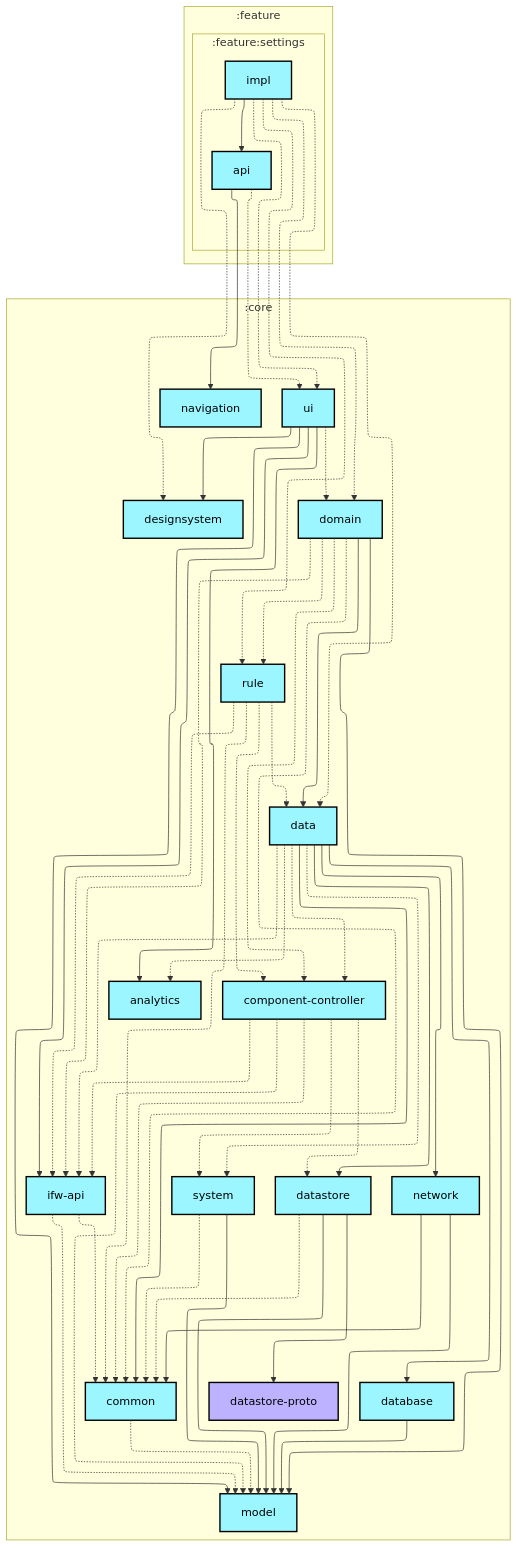
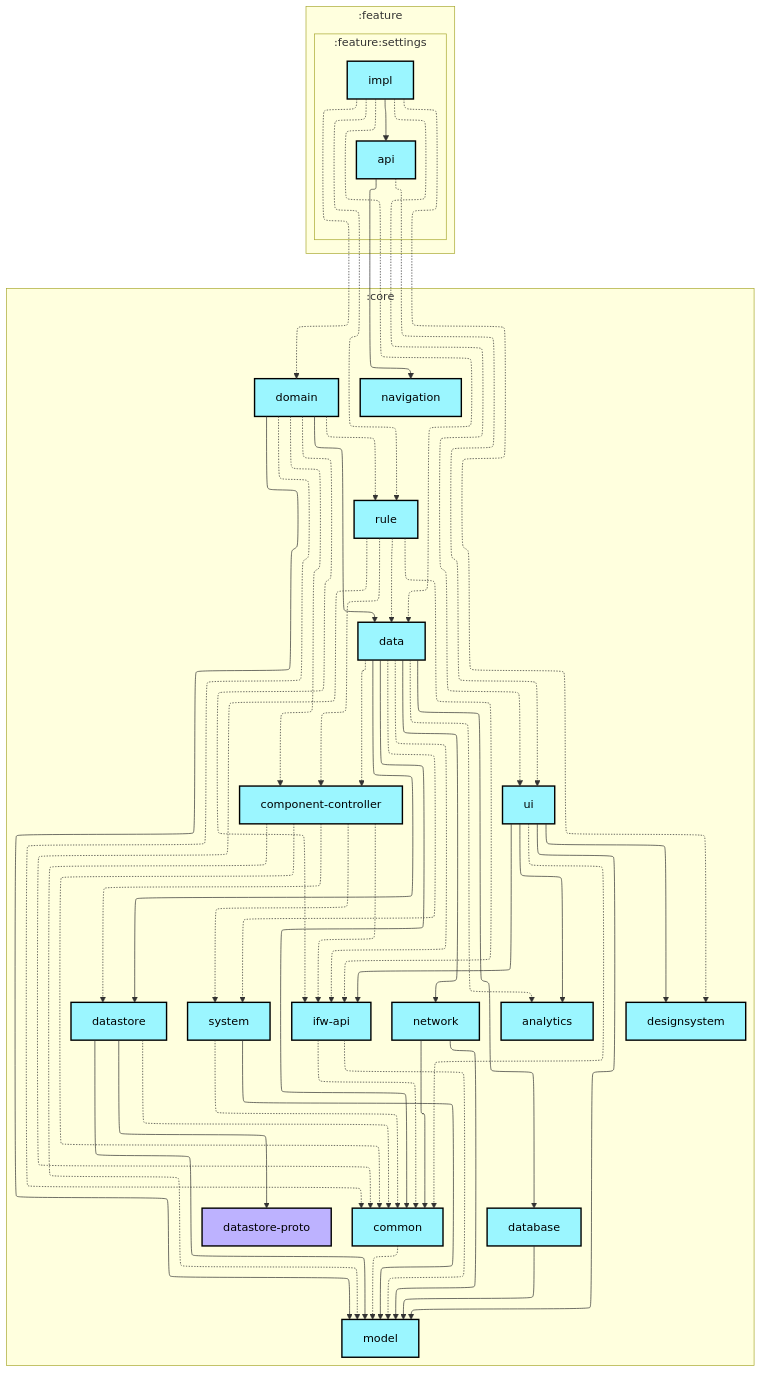
Before and after one commit to lihenggui/blocker: the first of 2 diagrams in feature/settings/impl/README.md, drawn with Mermaid. The commit also changed 29 other files, not shown here.

```diff
--- a/feature/settings/impl/README.md
+++ b/feature/settings/impl/README.md
@@ -74,8 +74,8 @@
   :core:system -.-> :core:common
   :core:system --> :core:model
   :core:ui --> :core:analytics
+  :core:ui -.-> :core:common
   :core:ui --> :core:designsystem
-  :core:ui -.-> :core:domain
   :core:ui --> :core:ifw-api
   :core:ui --> :core:model
   :feature:settings:api --> :core:navigation
```
